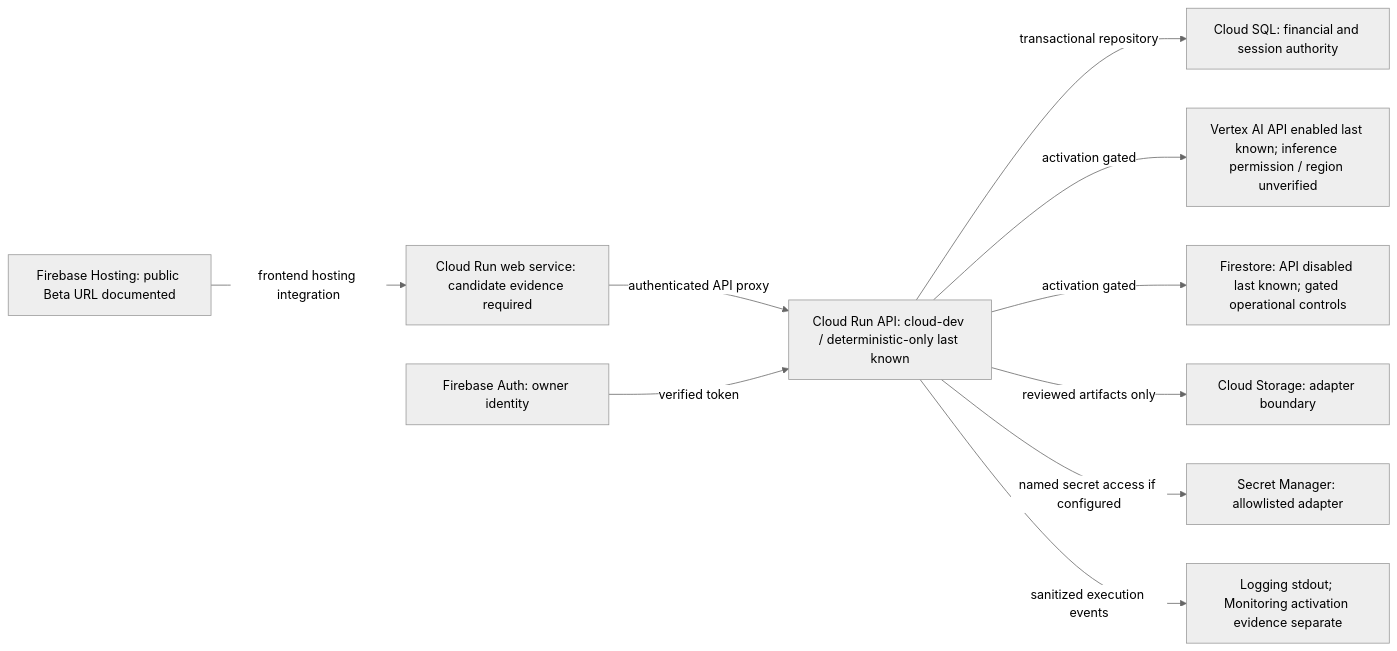
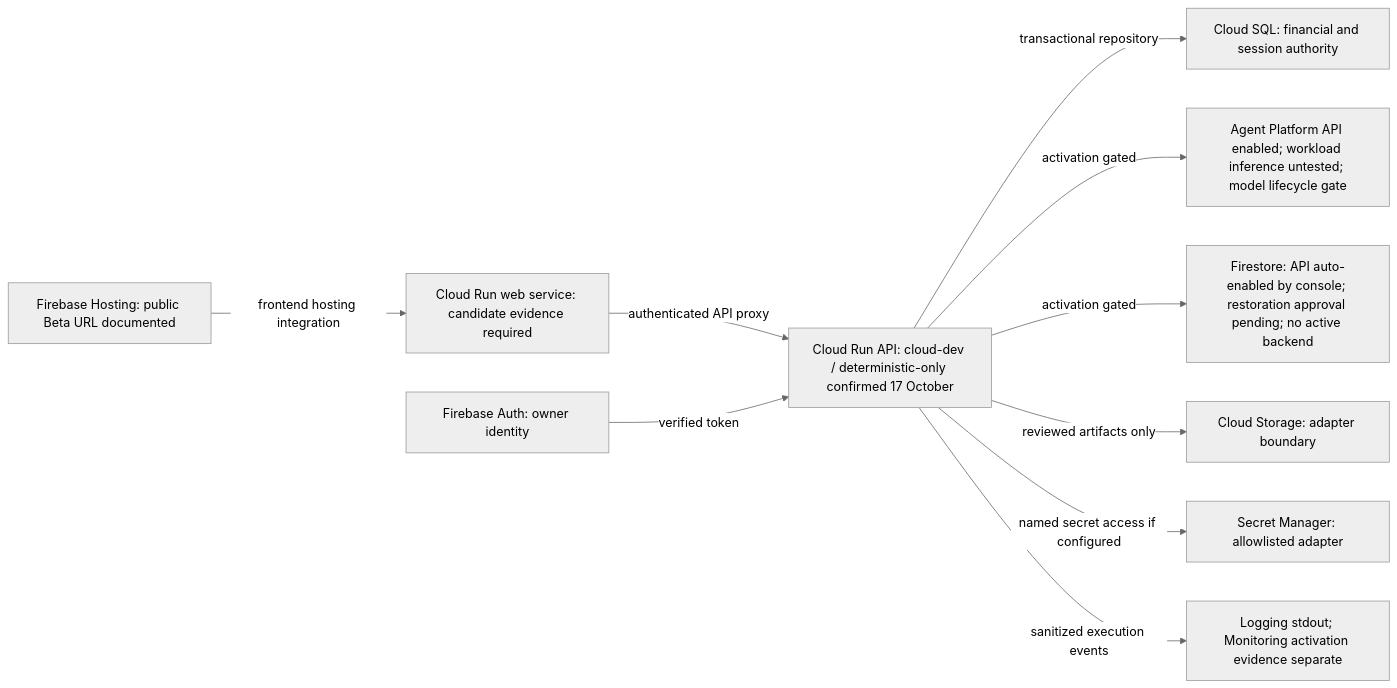
One commit to JEMathew/movers-and-ledgers changed the diagram in docs/architecture-experience/source/google-cloud-deployment.mmd. Above: the diagram before and after it, drawn with Mermaid (neutral theme). The commit also changed 11 other files, not shown here.

Commit message:
docs: record current cloud inventory and unintended API activation

```diff
--- a/docs/architecture-experience/source/google-cloud-deployment.mmd
+++ b/docs/architecture-experience/source/google-cloud-deployment.mmd
@@ -1,20 +1,20 @@
 flowchart LR
   hosting["Firebase Hosting: public Beta URL documented"]
   web["Cloud Run web service: candidate evidence required"]
-  api["Cloud Run API: cloud-dev / deterministic-only last known"]
+  api["Cloud Run API: cloud-dev / deterministic-only confirmed 17 October"]
   auth["Firebase Auth: owner identity"]
   sql["Cloud SQL: financial and session authority"]
-  vertex["Vertex AI API enabled last known; inference permission / region unverified"]
-  firestore["Firestore: API disabled last known; gated operational controls"]
+  vertex["Agent Platform API enabled; workload inference untested; model lifecycle gate"]
+  firestore["Firestore: API auto-enabled by console; restoration approval pending; no active backend"]
   gcs["Cloud Storage: adapter boundary"]
   secret["Secret Manager: allowlisted adapter"]
   logs["Logging stdout; Monitoring activation evidence separate"]
   hosting -->|"frontend hosting integration"| web
   web -->|"authenticated API proxy"| api
   auth -->|"verified token"| api
   api -->|"transactional repository"| sql
   api -->|"activation gated"| vertex
   api -->|"activation gated"| firestore
   api -->|"reviewed artifacts only"| gcs
   api -->|"named secret access if configured"| secret
   api -->|"sanitized execution events"| logs
```
